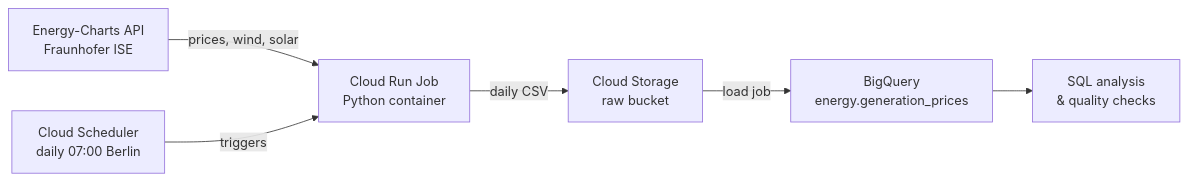
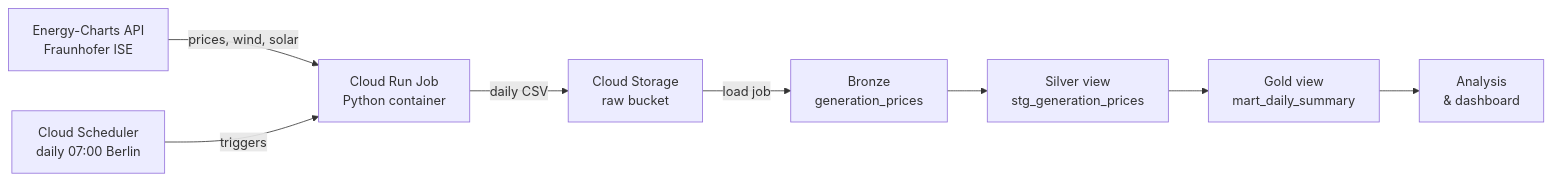
The diagram in README.md (TatianaTchouakam/germany-energy-data-pipeline), drawn with Mermaid before and after one commit. The commit also changed other lines of this file, not shown here.

Commit message:
docs: document medallion data layers and update architecture diagram

````diff
--- a/README.md
+++ b/README.md
@@ -11,8 +11,10 @@
 ```mermaid
 flowchart LR
     A[Energy-Charts API<br/>Fraunhofer ISE] -->|prices, wind, solar| B[Cloud Run Job<br/>Python container]
     S[Cloud Scheduler<br/>daily 07:00 Berlin] -->|triggers| B
     B -->|daily CSV| C[Cloud Storage<br/>raw bucket]
-    C -->|load job| D[BigQuery<br/>energy.generation_prices]
-    D --> E[SQL analysis<br/>& quality checks]
+    C -->|load job| D[Bronze<br/>generation_prices]
+    D --> E[Silver view<br/>stg_generation_prices]
+    E --> F[Gold view<br/>mart_daily_summary]
+    F --> G[Analysis<br/>& dashboard]
 ```
````
